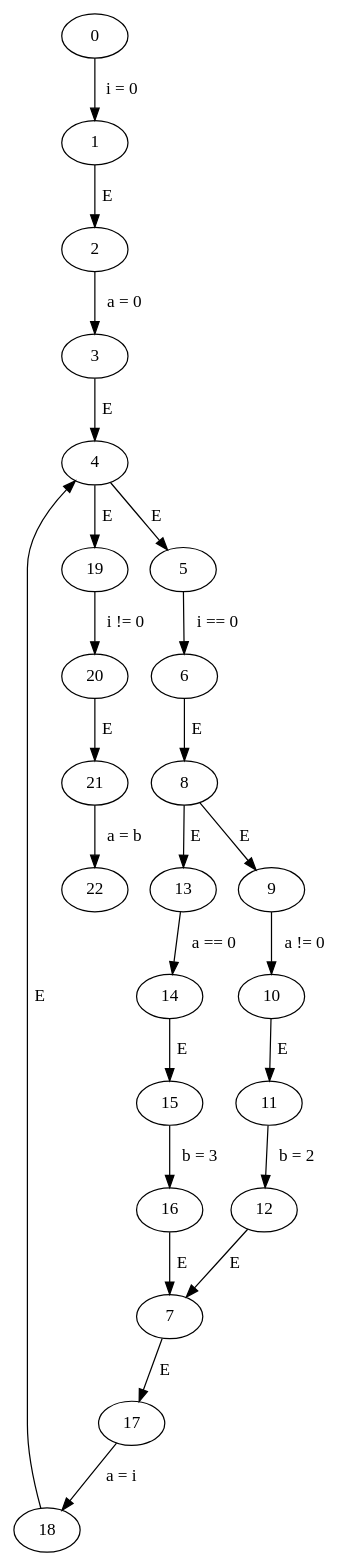
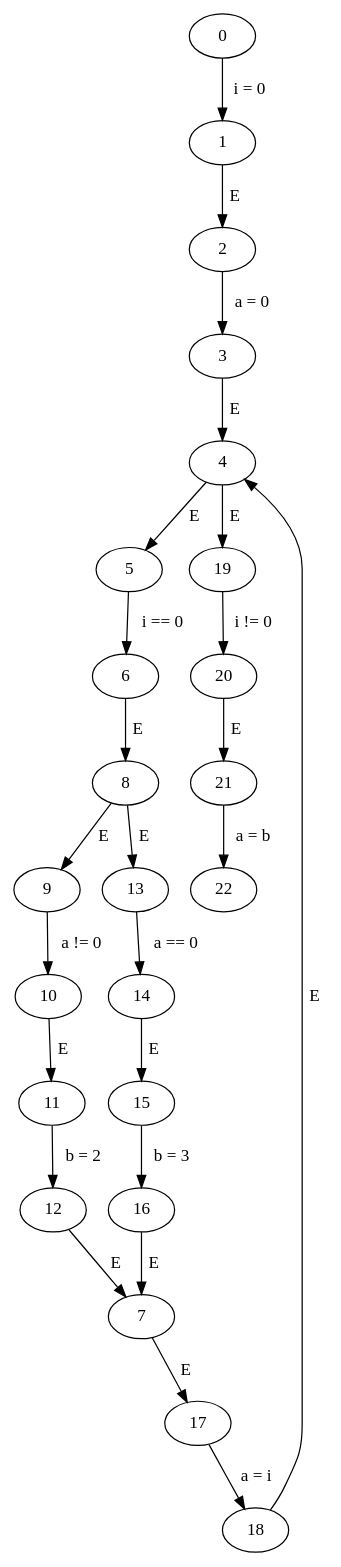
One commit to Harman309/project6 changed the diagram in code/graphs/while/while.gv. Above: the diagram before and after it, drawn with Graphviz. The commit also changed other lines of this file and 29 other files, not shown here.

```diff
--- a/code/graphs/while/while.gv
+++ b/code/graphs/while/while.gv
@@ -1,27 +1,27 @@
 // while
 digraph {
-	19 -> 20 [label=" i != 0 "]
-	16 -> 7 [label=" E "]
-	7 -> 17 [label=" E "]
-	1 -> 2 [label=" E "]
-	17 -> 18 [label=" a = i "]
 	4 -> 5 [label=" E "]
-	5 -> 6 [label=" i == 0 "]
-	21 -> 22 [label=" a = b "]
-	8 -> 13 [label=" E "]
-	6 -> 8 [label=" E "]
-	13 -> 14 [label=" a == 0 "]
-	20 -> 21 [label=" E "]
 	9 -> 10 [label=" a != 0 "]
 	12 -> 7 [label=" E "]
+	8 -> 9 [label=" E "]
+	6 -> 8 [label=" E "]
+	15 -> 16 [label=" b = 3 "]
+	21 -> 22 [label=" a = b "]
+	1 -> 2 [label=" E "]
+	13 -> 14 [label=" a == 0 "]
+	11 -> 12 [label=" b = 2 "]
+	20 -> 21 [label=" E "]
+	2 -> 3 [label=" a = 0 "]
+	18 -> 4 [label=" E "]
+	7 -> 17 [label=" E "]
+	3 -> 4 [label=" E "]
+	0 -> 1 [label=" i = 0 "]
+	10 -> 11 [label=" E "]
+	16 -> 7 [label=" E "]
+	19 -> 20 [label=" i != 0 "]
+	8 -> 13 [label=" E "]
+	5 -> 6 [label=" i == 0 "]
+	14 -> 15 [label=" E "]
 	4 -> 19 [label=" E "]
-	15 -> 16 [label=" b = 3 "]
-	10 -> 11 [label=" E "]
-	14 -> 15 [label=" E "]
-	3 -> 4 [label=" E "]
-	8 -> 9 [label=" E "]
-	18 -> 4 [label=" E "]
-	2 -> 3 [label=" a = 0 "]
-	0 -> 1 [label=" i = 0 "]
-	11 -> 12 [label=" b = 2 "]
+	17 -> 18 [label=" a = i "]
 }
```
